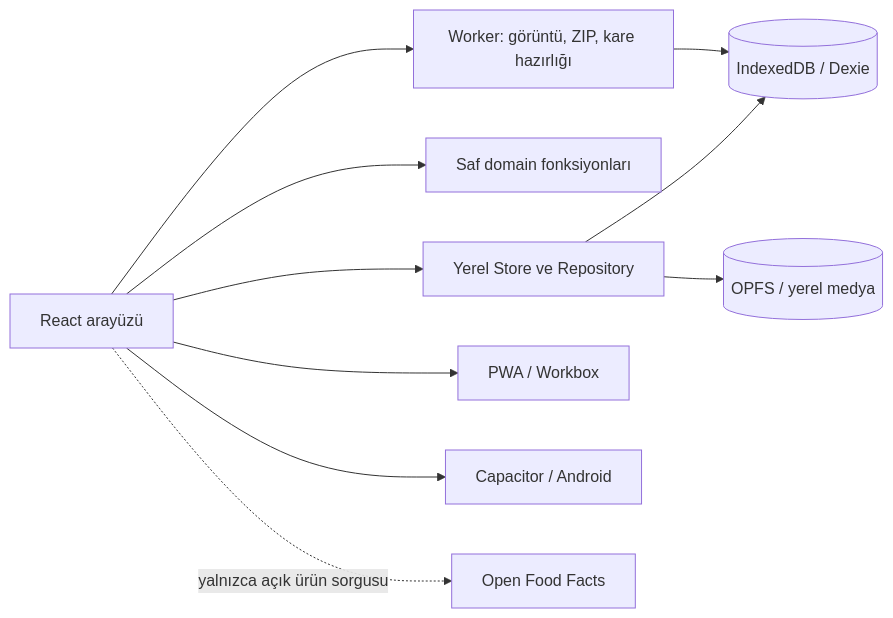
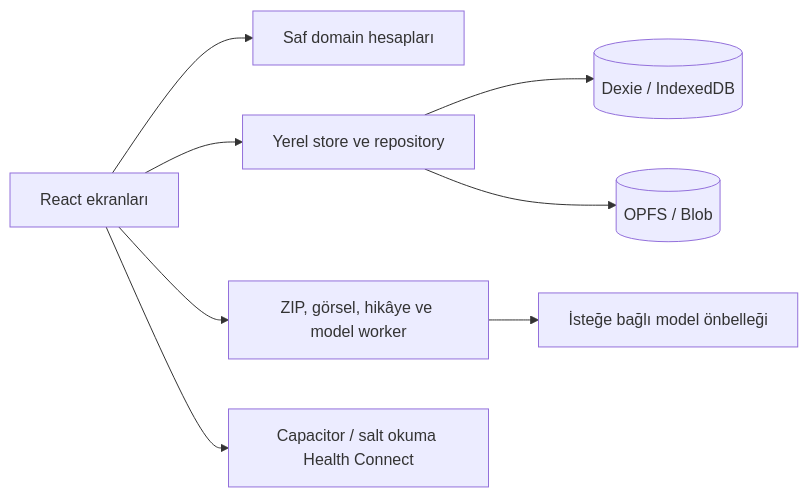
One commit to beratergun/formda changed the diagram in README.md. Above: the diagram before and after it, drawn with Mermaid. The commit also changed other lines of this file and 86 other files, not shown here.

````diff
--- a/README.md
+++ b/README.md
@@ -66,12 +59,10 @@
 ```mermaid
 flowchart LR
-  UI[React arayüzü] --> Store[Yerel Store ve Repository]
-  UI --> Domain[Saf domain fonksiyonları]
-  Store --> DB[(IndexedDB / Dexie)]
-  Store --> Media[(OPFS / yerel medya)]
-  UI --> Workers[Worker: görüntü, ZIP, kare hazırlığı]
-  Workers --> DB
-  UI --> PWA[PWA / Workbox]
-  UI --> Android[Capacitor / Android]
-  UI -. yalnızca açık ürün sorgusu .-> OFF[Open Food Facts]
+  UI[React ekranları] --> Domain[Saf domain hesapları]
+  UI --> Store[Yerel store ve repository]
+  Store --> DB[(Dexie / IndexedDB)]
+  Store --> Media[(OPFS / Blob)]
+  UI --> Workers[ZIP, görsel, hikâye ve model worker]
+  UI --> Native[Capacitor / salt okuma Health Connect]
+  Workers --> Cache[İsteğe bağlı model önbelleği]
 ```
````
